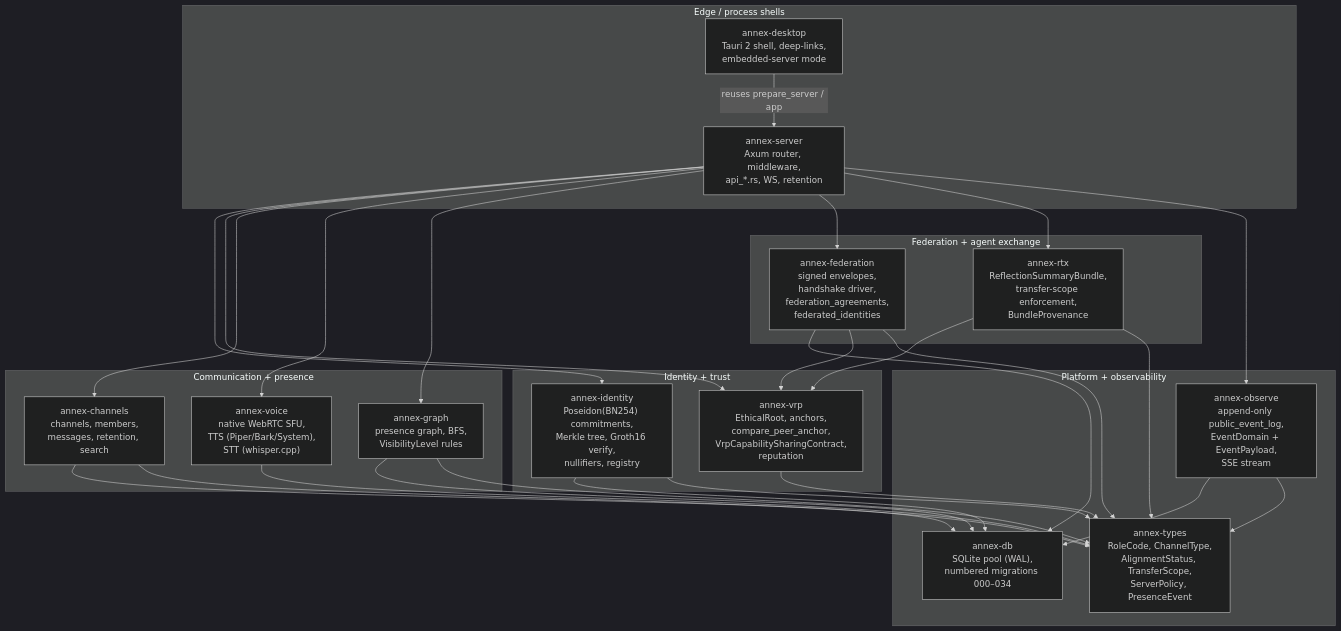
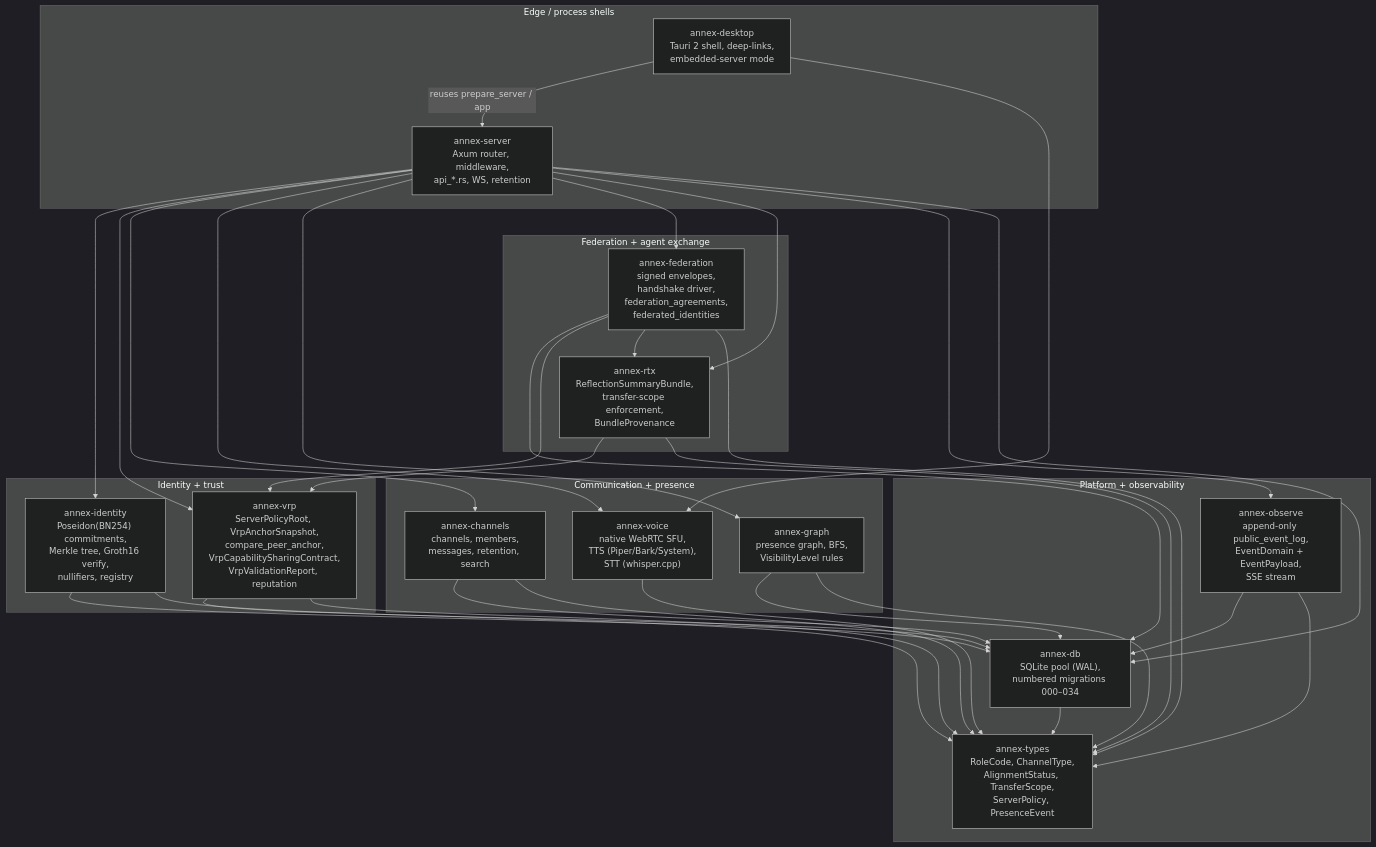
Before and after one commit to seismicgear/annex: the seventh of 7 diagrams in docs/architecture/mermaid-diagrams.md, drawn with Mermaid (dark theme). The commit also changed other lines of this file, not shown here.

First line of the commit message:
docs: self-review audit pass on mermaid architecture diagrams

````diff
--- a/docs/architecture/mermaid-diagrams.md
+++ b/docs/architecture/mermaid-diagrams.md
@@ -320,54 +337,59 @@
 ```mermaid
 flowchart TB
     subgraph EDGE["Edge / process shells"]
         DESK["annex-desktop<br/>Tauri 2 shell, deep-links,<br/>embedded-server mode"]
         SRV["annex-server<br/>Axum router, middleware,<br/>api_*.rs, WS, retention"]
     end
 
     subgraph TRUST["Identity + trust"]
         IDENT["annex-identity<br/>Poseidon(BN254) commitments,<br/>Merkle tree, Groth16 verify,<br/>nullifiers, registry"]
-        VRP["annex-vrp<br/>EthicalRoot, anchors,<br/>compare_peer_anchor,<br/>VrpCapabilitySharingContract,<br/>reputation"]
+        VRP["annex-vrp<br/>ServerPolicyRoot, VrpAnchorSnapshot,<br/>compare_peer_anchor,<br/>VrpCapabilitySharingContract,<br/>VrpValidationReport, reputation"]
     end
 
     subgraph COMM["Communication + presence"]
         CHAN["annex-channels<br/>channels, members,<br/>messages, retention, search"]
         VOICE["annex-voice<br/>native WebRTC SFU,<br/>TTS (Piper/Bark/System),<br/>STT (whisper.cpp)"]
         GRAPH["annex-graph<br/>presence graph, BFS,<br/>VisibilityLevel rules"]
     end
 
     subgraph FEDRTX["Federation + agent exchange"]
         FED["annex-federation<br/>signed envelopes,<br/>handshake driver,<br/>federation_agreements,<br/>federated_identities"]
         RTX["annex-rtx<br/>ReflectionSummaryBundle,<br/>transfer-scope enforcement,<br/>BundleProvenance"]
     end
 
     subgraph PLATFORM["Platform + observability"]
         OBS["annex-observe<br/>append-only public_event_log,<br/>EventDomain + EventPayload,<br/>SSE stream"]
         DB["annex-db<br/>SQLite pool (WAL),<br/>numbered migrations 000–034"]
         TYPES["annex-types<br/>RoleCode, ChannelType,<br/>AlignmentStatus, TransferScope,<br/>ServerPolicy, PresenceEvent"]
     end
 
     DESK -->|reuses prepare_server / app| SRV
+    DESK --> VOICE
     SRV --> IDENT
     SRV --> VRP
     SRV --> CHAN
     SRV --> VOICE
     SRV --> GRAPH
     SRV --> FED
     SRV --> RTX
     SRV --> OBS
+    SRV --> DB
     IDENT --> DB
     CHAN --> DB
     GRAPH --> DB
     FED --> DB
     OBS --> DB
+    VRP --> DB
     FED --> VRP
+    FED --> RTX
     RTX --> VRP
+    DB --> TYPES
     CHAN --> TYPES
     VOICE --> TYPES
     GRAPH --> TYPES
     FED --> TYPES
     RTX --> TYPES
     VRP --> TYPES
     IDENT --> TYPES
     OBS --> TYPES
 ```
````
